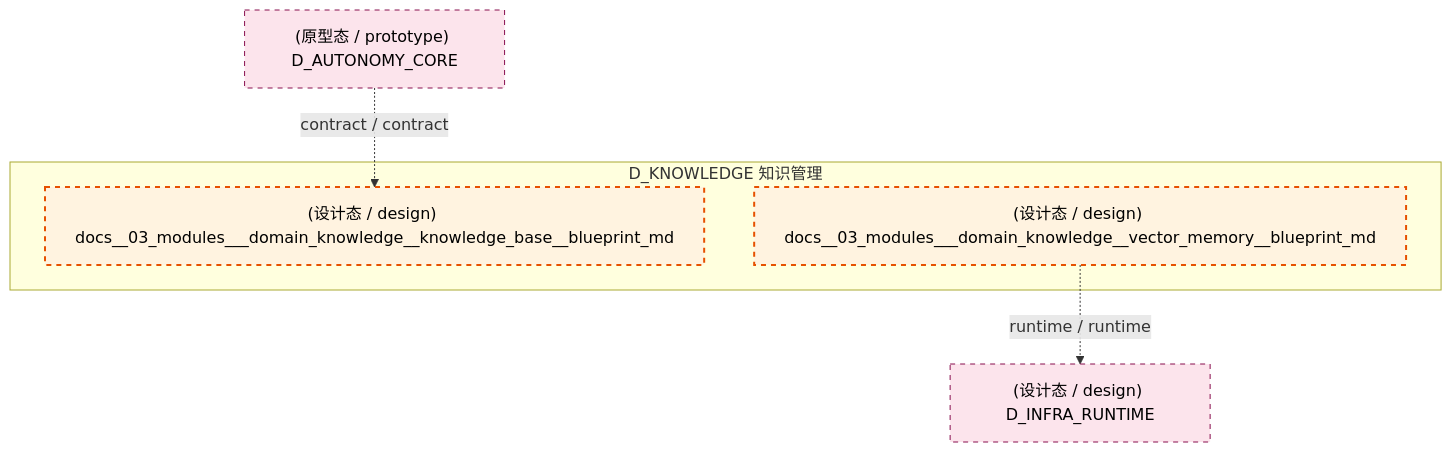
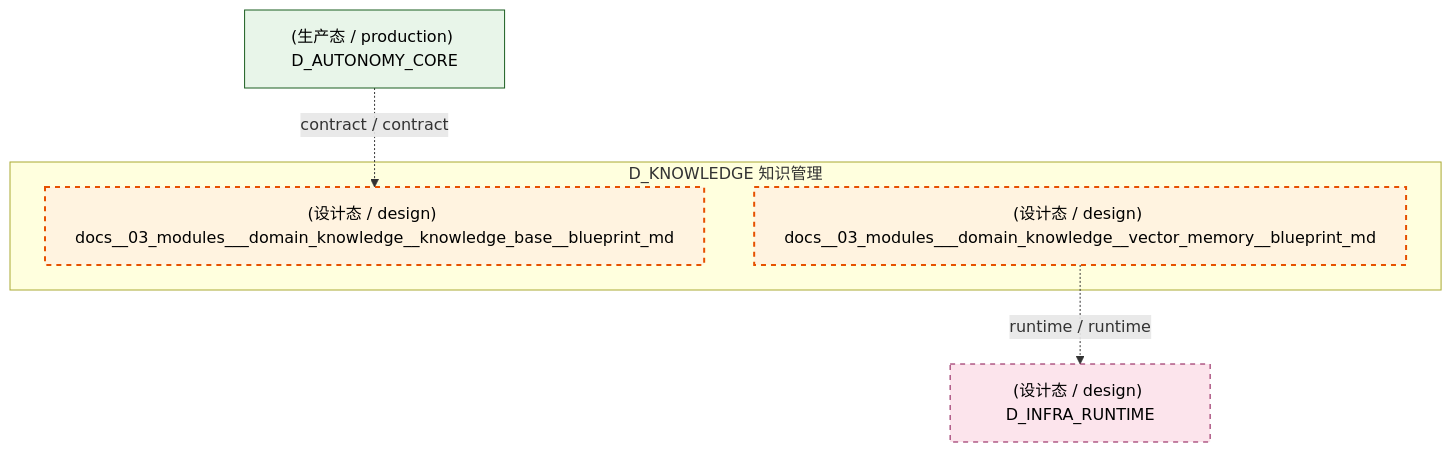
One commit to xuanFelixVan/ZephyrAlpha changed the third of 5 diagrams in docs/02_enterprise_architecture/02_domain_architecture_docs/48_d_knowledge.md. Above: the diagram before and after it, drawn with Mermaid. The commit also changed other lines of this file and 101 other files, not shown here.

````diff
--- a/docs/02_enterprise_architecture/02_domain_architecture_docs/48_d_knowledge.md
+++ b/docs/02_enterprise_architecture/02_domain_architecture_docs/48_d_knowledge.md
@@ -218,17 +218,18 @@
 ```mermaid
 graph TD
     subgraph D_KNOWLEDGE["D_KNOWLEDGE 知识管理"]
         docs_03_modules_domain_knowledge_knowledge_base_blueprint_md["(设计态 / design) docs__03_modules___domain_knowledge__knowledge_base__blueprint_md"]
         docs_03_modules_domain_knowledge_vector_memory_blueprint_md["(设计态 / design) docs__03_modules___domain_knowledge__vector_memory__blueprint_md"]
     end
     D_INFRA_RUNTIME["(设计态 / design) D_INFRA_RUNTIME"]
     docs_03_modules_domain_knowledge_vector_memory_blueprint_md -.->|runtime / runtime| D_INFRA_RUNTIME
-    D_AUTONOMY_CORE["(原型态 / prototype) D_AUTONOMY_CORE"]
+    D_AUTONOMY_CORE["(生产态 / production) D_AUTONOMY_CORE"]
     D_AUTONOMY_CORE -.->|contract / contract| docs_03_modules_domain_knowledge_knowledge_base_blueprint_md
     classDef production fill:#e1f5fe,stroke:#01579b,stroke-width:2px,color:#000
     classDef design fill:#fff3e0,stroke:#e65100,stroke-width:2px,color:#000,stroke-dasharray: 5 5
     classDef external_prod fill:#e8f5e9,stroke:#1b5e20,stroke-width:1px,color:#000
     classDef external_design fill:#fce4ec,stroke:#880e4f,stroke-width:1px,color:#000,stroke-dasharray: 5 5
     class docs_03_modules_domain_knowledge_knowledge_base_blueprint_md,docs_03_modules_domain_knowledge_vector_memory_blueprint_md design
-    class D_INFRA_RUNTIME,D_AUTONOMY_CORE external_design
+    class D_AUTONOMY_CORE external_prod
+    class D_INFRA_RUNTIME external_design
 ```
````
